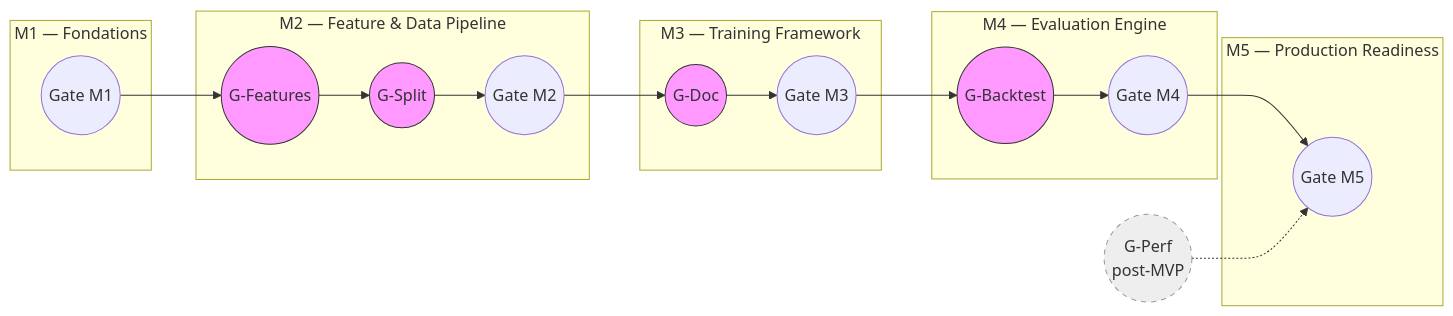
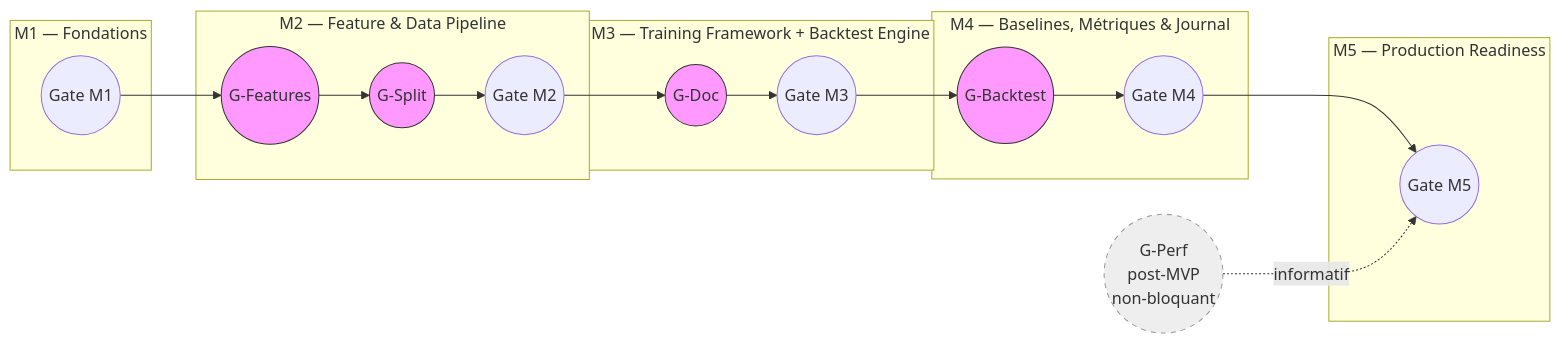
One commit to Nexgear75/ai_trading_agent changed the third of 3 diagrams in docs/plan/implementation.md. Above: the diagram before and after it, drawn with Mermaid. The commit also changed other lines of this file and 27 other files, not shown here.

````diff
--- a/docs/plan/implementation.md
+++ b/docs/plan/implementation.md
@@ -1024,29 +1093,29 @@
 ```mermaid
 flowchart LR
   subgraph M1["M1 — Fondations"]
     GM1((Gate M1))
   end
   subgraph M2["M2 — Feature & Data Pipeline"]
     GF((G-Features)) --> GS((G-Split)) --> GM2((Gate M2))
   end
-  subgraph M3["M3 — Training Framework"]
+  subgraph M3["M3 — Training Framework + Backtest Engine"]
     GD((G-Doc)) --> GM3((Gate M3))
   end
-  subgraph M4["M4 — Evaluation Engine"]
+  subgraph M4["M4 — Baselines, Métriques & Journal"]
     GB((G-Backtest)) --> GM4((Gate M4))
   end
   subgraph M5["M5 — Production Readiness"]
     GM5((Gate M5))
   end
   GM1 --> GF
   GM2 --> GD
   GM3 --> GB
   GM4 --> GM5
-  GP((G-Perf\npost-MVP)) -.-> GM5
+  GP((G-Perf\npost-MVP\nnon-bloquant)) -.->|informatif| GM5
 
   style GF fill:#f9f,stroke:#333
   style GS fill:#f9f,stroke:#333
   style GB fill:#f9f,stroke:#333
   style GD fill:#f9f,stroke:#333
   style GP fill:#eee,stroke:#999,stroke-dasharray: 5 5
 ```
````
